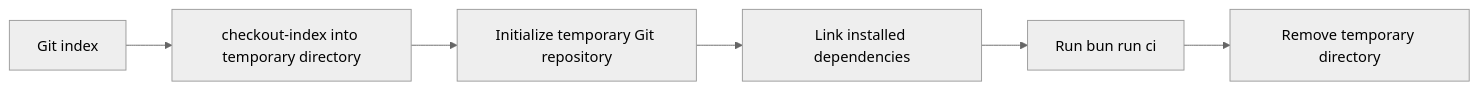
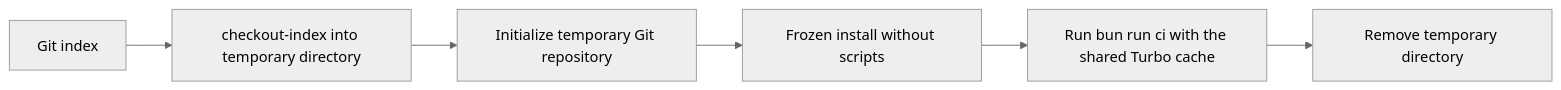
Before and after one commit to pulkitxm/pulkit.page: the diagram in docs/scripts-and-commands.md, drawn with Mermaid (neutral theme). The commit also changed other lines of this file and 645 other files, not shown here.

````diff
--- a/docs/scripts-and-commands.md
+++ b/docs/scripts-and-commands.md
@@ -100,8 +102,8 @@
 ```mermaid
 flowchart LR
   A[Git index] --> B[checkout-index into temporary directory]
   B --> C[Initialize temporary Git repository]
-  C --> D[Link installed dependencies]
-  D --> E[Run bun run ci]
+  C --> D[Frozen install without scripts]
+  D --> E[Run bun run ci with the shared Turbo cache]
   E --> F[Remove temporary directory]
 ```
````
